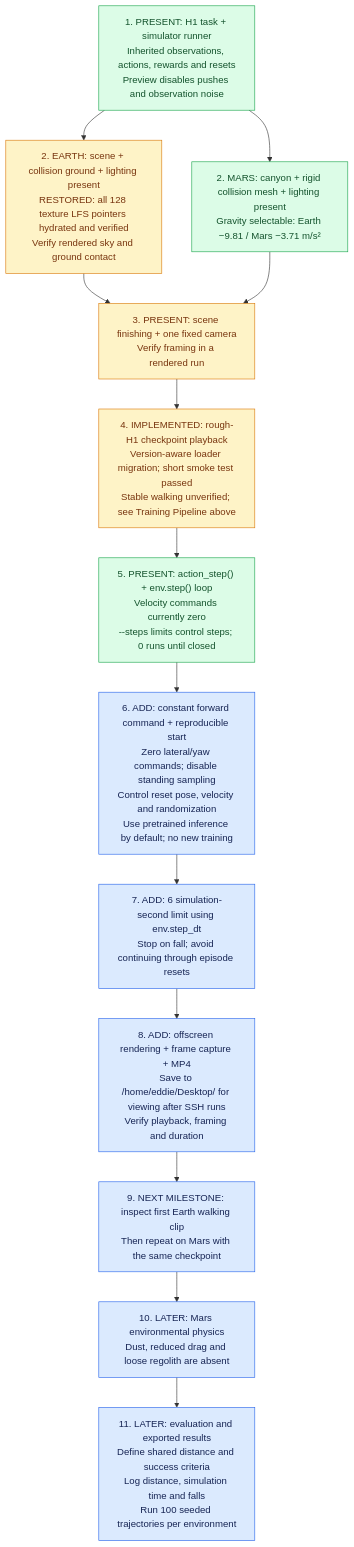
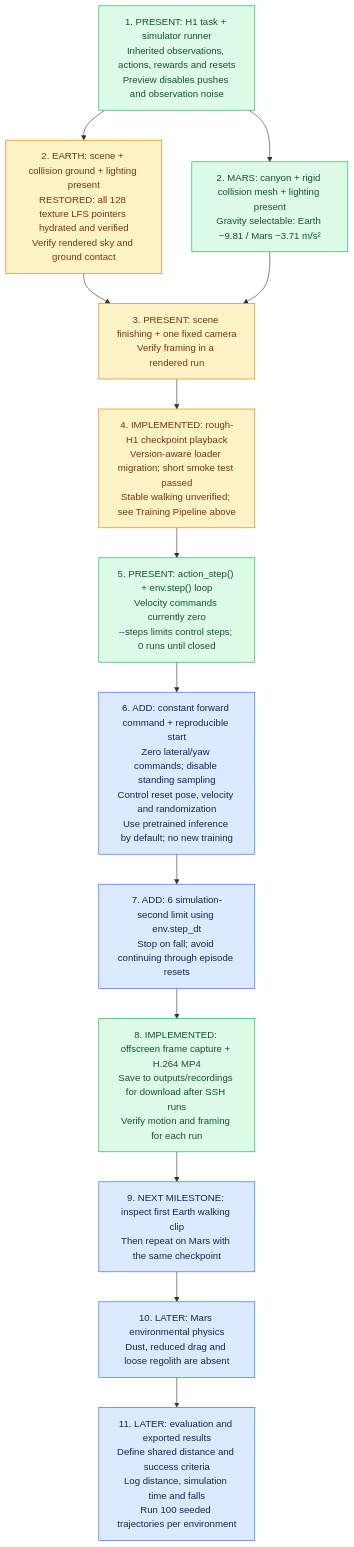
Before and after one commit to eddie-wq07/Mars-Project: the third of 3 diagrams in README.md, drawn with Mermaid. The commit also changed other lines of this file and 4 other files, not shown here.

````diff
--- a/README.md
+++ b/README.md
@@ -125,29 +125,29 @@
 ```mermaid
 flowchart TD
     base["1. PRESENT: H1 task + simulator runner<br/>Inherited observations, actions, rewards and resets<br/>Preview disables pushes and observation noise"]
     earth["2. EARTH: scene + collision ground + lighting present<br/>RESTORED: all 128 texture LFS pointers hydrated and verified<br/>Verify rendered sky and ground contact"]
     mars["2. MARS: canyon + rigid collision mesh + lighting present<br/>Gravity selectable: Earth −9.81 / Mars −3.71 m/s²"]
     camera["3. PRESENT: scene finishing + one fixed camera<br/>Verify framing in a rendered run"]
     policy["4. IMPLEMENTED: rough-H1 checkpoint playback<br/>Version-aware loader migration; short smoke test passed<br/>Stable walking unverified; see Training Pipeline above"]
     loop["5. PRESENT: action_step() + env.step() loop<br/>Velocity commands currently zero<br/>--steps limits control steps; 0 runs until closed"]
     walk["6. ADD: constant forward command + reproducible start<br/>Zero lateral/yaw commands; disable standing sampling<br/>Control reset pose, velocity and randomization<br/>Use pretrained inference by default; no new training"]
     timing["7. ADD: 6 simulation-second limit using env.step_dt<br/>Stop on fall; avoid continuing through episode resets"]
-    video["8. ADD: offscreen rendering + frame capture + MP4<br/>Save to /home/eddie/Desktop/ for viewing after SSH runs<br/>Verify playback, framing and duration"]
+    video["8. IMPLEMENTED: offscreen frame capture + H.264 MP4<br/>Save to outputs/recordings for download after SSH runs<br/>Verify motion and framing for each run"]
     iterate["9. NEXT MILESTONE: inspect first Earth walking clip<br/>Then repeat on Mars with the same checkpoint"]
     physics["10. LATER: Mars environmental physics<br/>Dust, reduced drag and loose regolith are absent"]
     evaluation["11. LATER: evaluation and exported results<br/>Define shared distance and success criteria<br/>Log distance, simulation time and falls<br/>Run 100 seeded trajectories per environment"]
 
     base --> earth
     base --> mars
     earth --> camera
     mars --> camera
     camera --> policy --> loop --> walk --> timing --> video --> iterate
     iterate --> physics --> evaluation
 
     classDef present fill:#dcfce7,stroke:#16a34a,color:#14532d;
     classDef verify fill:#fef3c7,stroke:#d97706,color:#78350f;
     classDef todo fill:#dbeafe,stroke:#2563eb,color:#172554;
-    class base,mars,loop present;
+    class base,mars,loop,video present;
     class earth,camera,policy verify;
-    class walk,timing,video,iterate,physics,evaluation todo;
+    class walk,timing,iterate,physics,evaluation todo;
 ```
````
